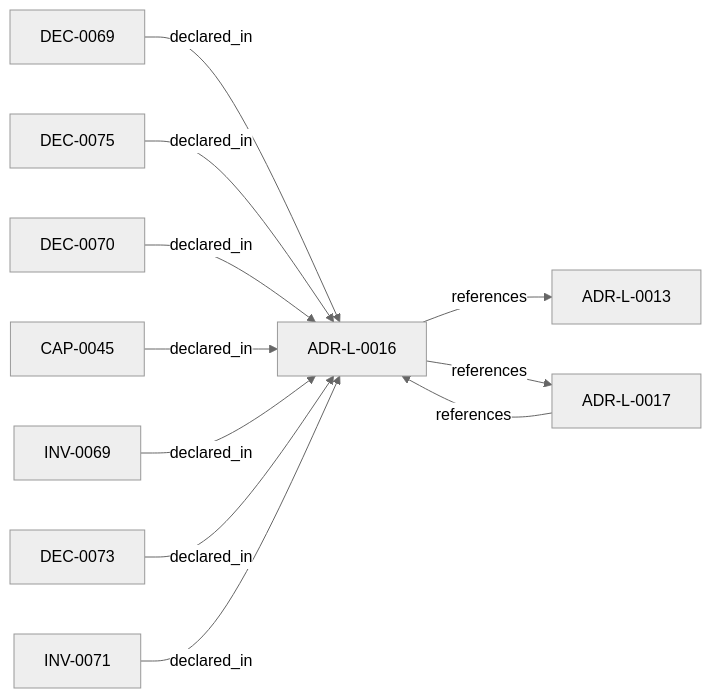
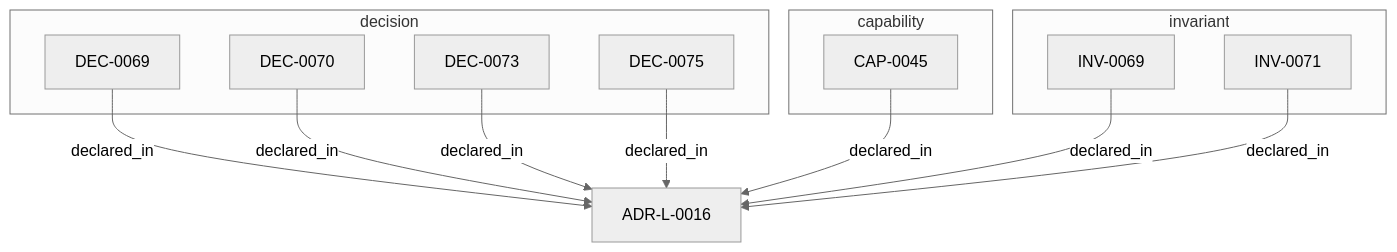
Before and after one commit to egallmann/adr-architecture-kit: the diagram in adrs/adr-projection/logical/ADR-L-0016-deterministic-corpus-query-and-authoring-orientation-apis.md, drawn with Mermaid (neutral theme). The commit also changed other lines of this file and 177 other files, not shown here.

````diff
--- a/adrs/adr-projection/logical/ADR-L-0016-deterministic-corpus-query-and-authoring-orientation-apis.md
+++ b/adrs/adr-projection/logical/ADR-L-0016-deterministic-corpus-query-and-authoring-orientation-apis.md
@@ -39,23 +63,24 @@
 ```mermaid
-flowchart LR
-  n_019fee89_e616_7c4e_953c_b7349412a784["ADR-L-0013"]
-  n_019fee89_e617_7315_9e36_7af95f814c83["DEC-0069"]
-  n_019fee89_e617_7686_bc3f_536f1b00edfa["DEC-0075"]
-  n_019fee89_e617_768d_9e3e_f61039a3d61c["DEC-0070"]
-  n_019fee89_e617_778b_8137_22bcc675b053["CAP-0045"]
-  n_019fee89_e617_77bc_8d3f_07c5c91bb5bb["INV-0069"]
-  n_019fee89_e617_797f_9e3e_50212acb0456["DEC-0073"]
-  n_019fee89_e617_79c9_ad2a_7a26923d678d["INV-0071"]
+flowchart TB
   n_019fee89_e617_7fe1_8d2c_cc2745c31674["ADR-L-0016"]
-  n_019fee89_e617_7ff5_863b_1eef71637b0f["ADR-L-0017"]
+  subgraph sg_capability["capability"]
+    n_019fee89_e617_778b_8137_22bcc675b053["CAP-0045"]
+  end
+  subgraph sg_decision["decision"]
+    n_019fee89_e617_7315_9e36_7af95f814c83["DEC-0069"]
+    n_019fee89_e617_768d_9e3e_f61039a3d61c["DEC-0070"]
+    n_019fee89_e617_797f_9e3e_50212acb0456["DEC-0073"]
+    n_019fee89_e617_7686_bc3f_536f1b00edfa["DEC-0075"]
+  end
+  subgraph sg_invariant["invariant"]
+    n_019fee89_e617_77bc_8d3f_07c5c91bb5bb["INV-0069"]
+    n_019fee89_e617_79c9_ad2a_7a26923d678d["INV-0071"]
+  end
   n_019fee89_e617_7315_9e36_7af95f814c83 -->|"declared_in"| n_019fee89_e617_7fe1_8d2c_cc2745c31674
   n_019fee89_e617_7686_bc3f_536f1b00edfa -->|"declared_in"| n_019fee89_e617_7fe1_8d2c_cc2745c31674
   n_019fee89_e617_768d_9e3e_f61039a3d61c -->|"declared_in"| n_019fee89_e617_7fe1_8d2c_cc2745c31674
   n_019fee89_e617_778b_8137_22bcc675b053 -->|"declared_in"| n_019fee89_e617_7fe1_8d2c_cc2745c31674
   n_019fee89_e617_77bc_8d3f_07c5c91bb5bb -->|"declared_in"| n_019fee89_e617_7fe1_8d2c_cc2745c31674
   n_019fee89_e617_797f_9e3e_50212acb0456 -->|"declared_in"| n_019fee89_e617_7fe1_8d2c_cc2745c31674
   n_019fee89_e617_79c9_ad2a_7a26923d678d -->|"declared_in"| n_019fee89_e617_7fe1_8d2c_cc2745c31674
-  n_019fee89_e617_7fe1_8d2c_cc2745c31674 -->|"references"| n_019fee89_e616_7c4e_953c_b7349412a784
-  n_019fee89_e617_7fe1_8d2c_cc2745c31674 -->|"references"| n_019fee89_e617_7ff5_863b_1eef71637b0f
-  n_019fee89_e617_7ff5_863b_1eef71637b0f -->|"references"| n_019fee89_e617_7fe1_8d2c_cc2745c31674
 ```
````
